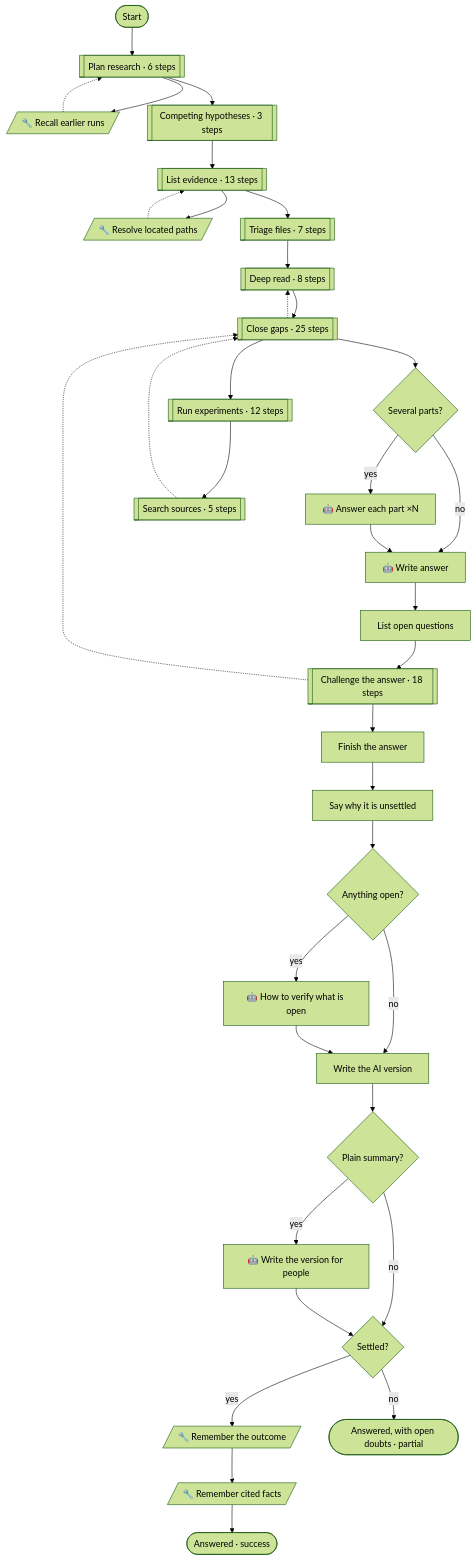
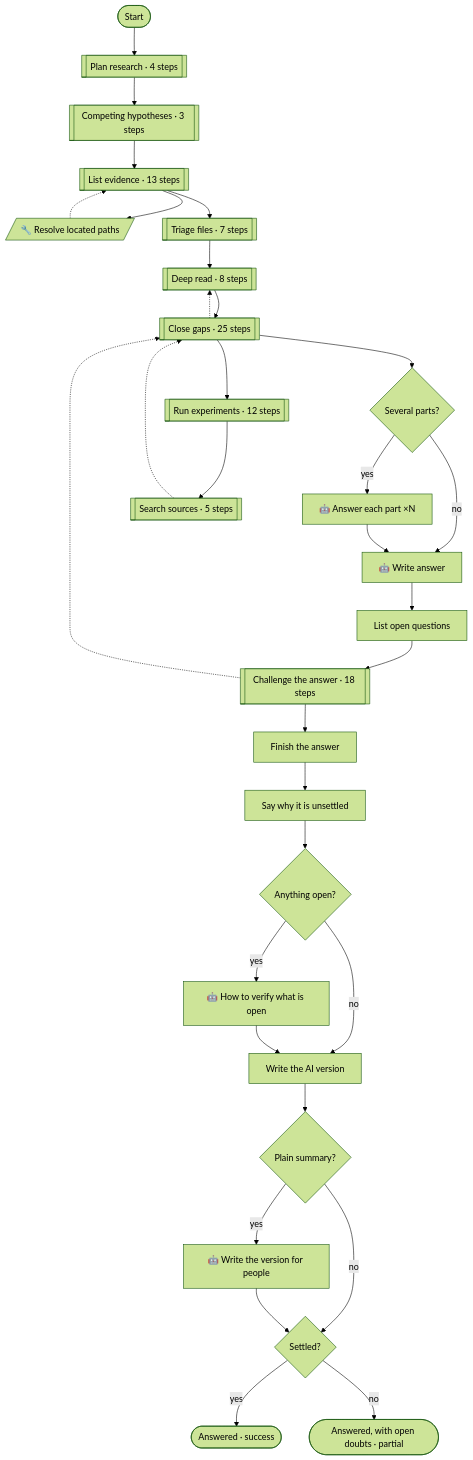
Before and after one commit to pirty6/symphony-core: the first of 7 diagrams in docs/patterns.md, drawn with Mermaid (forest theme). The commit also changed other lines of this file and 27 other files, not shown here.

````diff
--- a/docs/patterns.md
+++ b/docs/patterns.md
@@ -149,66 +145,59 @@
 ```mermaid
 flowchart TD
   n_start(["Start"])
-  n_recall[/"🔧 Recall earlier runs"/]
   n_resolveScope[/"🔧 Resolve located paths"/]
   n_multiPart{"Several parts?"}
   n_answerParts["🤖 Answer each part ×N"]
   n_answer["🤖 Write answer"]
   n_listOpen["List open questions"]
   n_attachParts["Finish the answer"]
   n_settled{"Settled?"}
   n_noteDoubts["Say why it is unsettled"]
   n_anyOpen{"Anything open?"}
   n_planVerification["🤖 How to verify what is open"]
   n_handoffDoc["Write the AI version"]
   n_wantPlain{"Plain summary?"}
   n_explain["🤖 Write the version for people"]
-  n_learnAnswer[/"🔧 Remember the outcome"/]
-  n_rememberCited[/"🔧 Remember cited facts"/]
   n_done(["Answered · success"])
   n_doubts(["Answered, with open doubts · partial"])
-  n_planPhase[["Plan research · 6 steps"]]
+  n_planPhase[["Plan research · 4 steps"]]
   n_hypothesesPhase[["Competing hypotheses · 3 steps"]]
   n_listPhase[["List evidence · 13 steps"]]
   n_triagePhase[["Triage files · 7 steps"]]
   n_deepPhase[["Deep read · 8 steps"]]
   n_experimentPhase[["Run experiments · 12 steps"]]
   n_sourcePhase[["Search sources · 5 steps"]]
   n_gapPhase[["Close gaps · 25 steps"]]
   n_challengePhase[["Challenge the answer · 18 steps"]]
   n_start --> n_planPhase
-  n_planPhase --> n_recall
-  n_recall -.-> n_planPhase
   n_planPhase --> n_hypothesesPhase
   n_hypothesesPhase --> n_listPhase
   n_listPhase --> n_resolveScope
   n_resolveScope -.-> n_listPhase
   n_listPhase --> n_triagePhase
   n_triagePhase --> n_deepPhase
   n_deepPhase --> n_gapPhase
   n_gapPhase --> n_experimentPhase
   n_experimentPhase --> n_sourcePhase
   n_sourcePhase -.-> n_gapPhase
   n_gapPhase -.-> n_deepPhase
   n_gapPhase --> n_multiPart
   n_multiPart -->|"yes"| n_answerParts
   n_multiPart -->|"no"| n_answer
   n_answerParts --> n_answer
   n_answer --> n_listOpen
   n_listOpen --> n_challengePhase
   n_challengePhase --> n_attachParts
   n_challengePhase -.-> n_gapPhase
   n_attachParts --> n_noteDoubts
   n_noteDoubts --> n_anyOpen
   n_anyOpen -->|"yes"| n_planVerification
   n_anyOpen -->|"no"| n_handoffDoc
   n_planVerification --> n_handoffDoc
   n_handoffDoc --> n_wantPlain
   n_wantPlain -->|"yes"| n_explain
   n_wantPlain -->|"no"| n_settled
   n_explain --> n_settled
-  n_settled -->|"yes"| n_learnAnswer
+  n_settled -->|"yes"| n_done
   n_settled -->|"no"| n_doubts
-  n_learnAnswer --> n_rememberCited
-  n_rememberCited --> n_done
 ```
````
